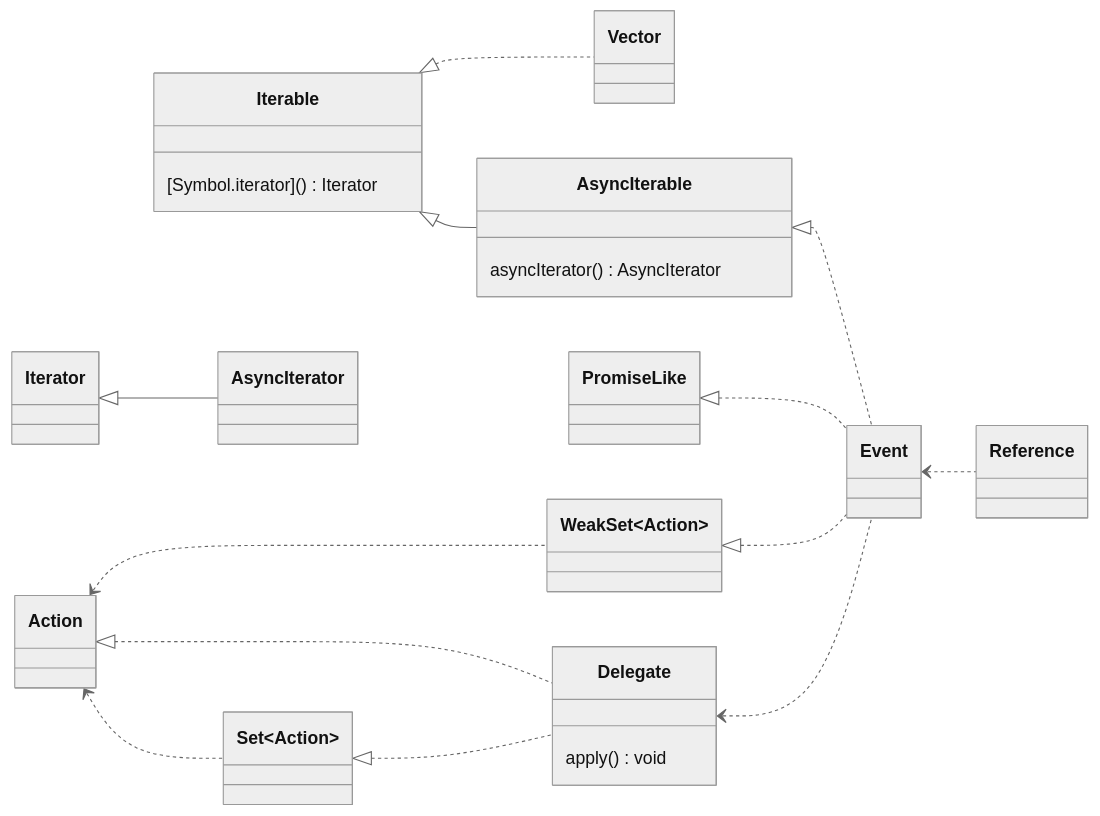
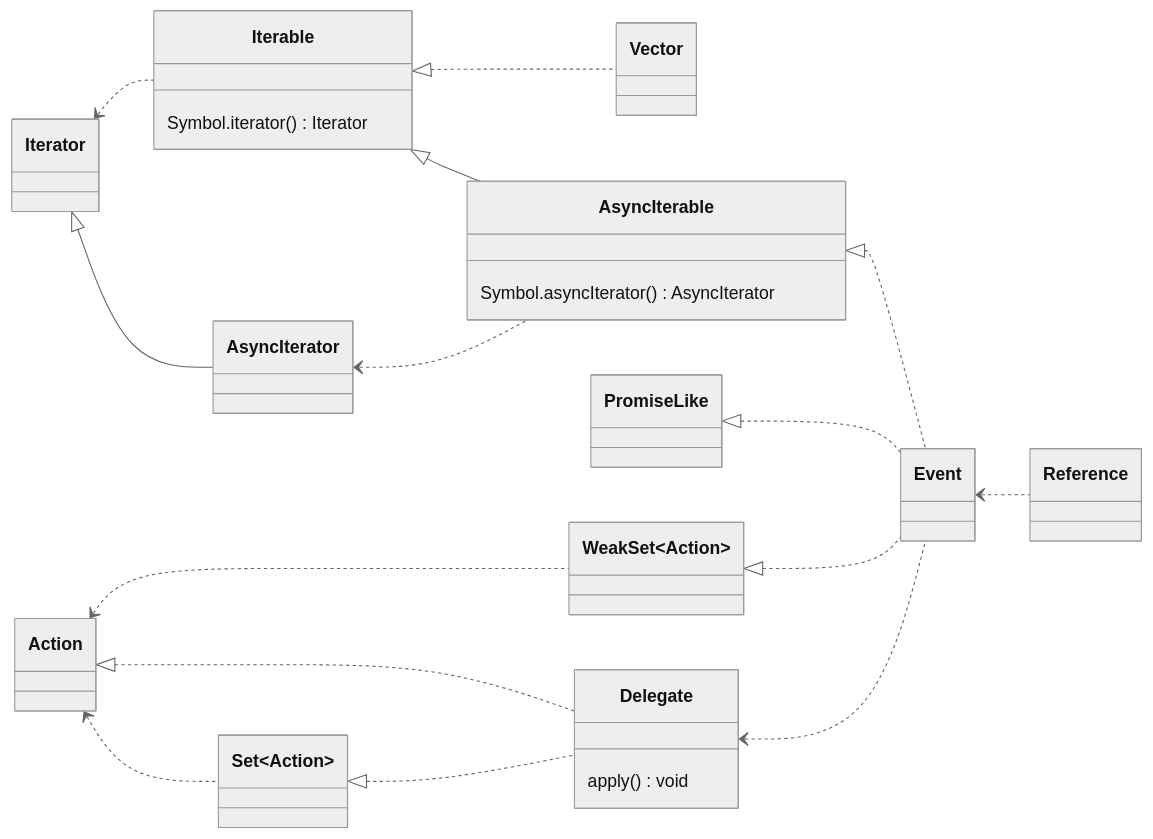
The fourth of 4 diagrams in README.md (domrally/peekeasy), drawn with Mermaid (neutral theme) before and after one commit.

````diff
--- a/README.md
+++ b/README.md
@@ -204,31 +204,33 @@
 ```mermaid
 classDiagram
     direction LR
     Iterable <|.. Vector
     Iterable <|-- AsyncIterable
     Iterator <|-- AsyncIterator
+	 Iterator <.. Iterable
+	 AsyncIterator <.. AsyncIterable
     AsyncIterable <|.. Event
     PromiseLike <|.. Event
     WeakSet~Action~ <|.. Event
     Action <.. WeakSet~Action~
     Action <.. Set~Action~
     Action <|.. Delegate
     Set~Action~ <|.. Delegate
     Delegate <.. Event
     Event <.. Reference
     class AsyncIterable {
-        asyncIterator() AsyncIterator
+        Symbol.asyncIterator() AsyncIterator
     }
     class Iterable {
-        [Symbol.iterator]() Iterator
+        Symbol.iterator() Iterator
     }
     class Delegate {
 
         apply() void
     }
     link Delegate "https://github.com/domrally/peekeasy/blob/main/src/delegate.ts" "delegate.ts"
     class Event
     link Event "https://github.com/domrally/peekeasy/blob/main/src/event.ts" "event.ts"
     class Vector
     link Vector "https://github.com/domrally/peekeasy/blob/main/src/vector.ts" "vector.ts"
 ```
````
